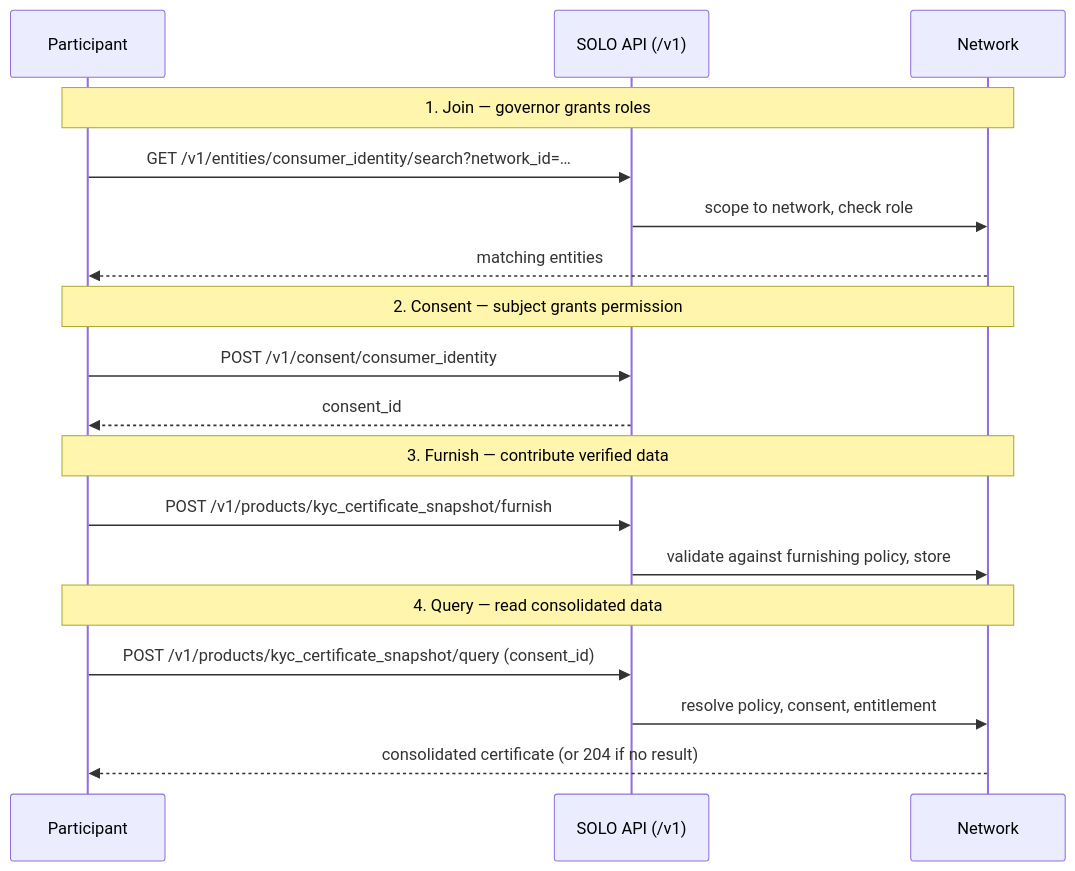
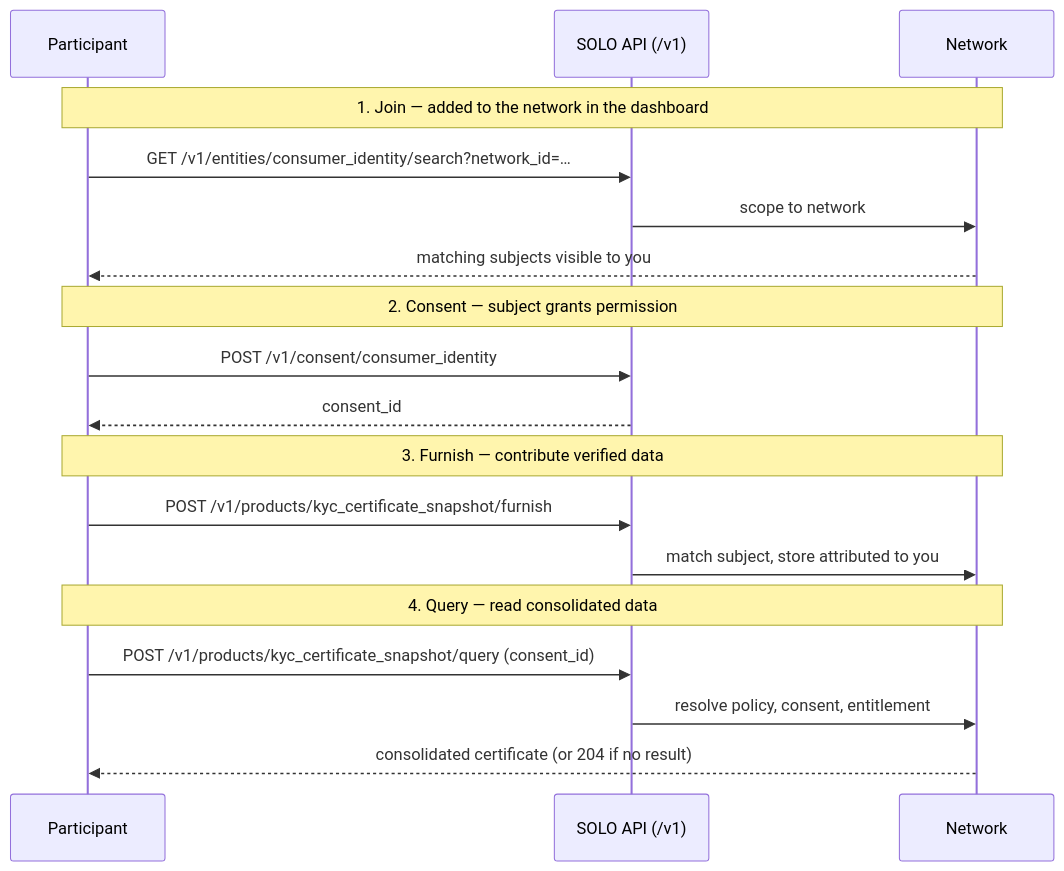
Before and after one commit to solo-finance/docs: the diagram in home/overview.mdx, drawn with Mermaid. The commit also changed other lines of this file and 190 other files, not shown here.

````diff
--- a/home/overview.mdx
+++ b/home/overview.mdx
@@ -116,24 +123,24 @@
 ```mermaid
 sequenceDiagram
     participant P as Participant
     participant API as SOLO API (/v1)
     participant N as Network
 
-    Note over P,N: 1. Join — governor grants roles
+    Note over P,N: 1. Join — added to the network in the dashboard
     P->>API: GET /v1/entities/consumer_identity/search?network_id=…
-    API->>N: scope to network, check role
-    N-->>P: matching entities
+    API->>N: scope to network
+    N-->>P: matching subjects visible to you
 
     Note over P,N: 2. Consent — subject grants permission
     P->>API: POST /v1/consent/consumer_identity
     API-->>P: consent_id
 
     Note over P,N: 3. Furnish — contribute verified data
     P->>API: POST /v1/products/kyc_certificate_snapshot/furnish
-    API->>N: validate against furnishing policy, store
+    API->>N: match subject, store attributed to you
 
     Note over P,N: 4. Query — read consolidated data
     P->>API: POST /v1/products/kyc_certificate_snapshot/query (consent_id)
     API->>N: resolve policy, consent, entitlement
     N-->>P: consolidated certificate (or 204 if no result)
 ```
````
